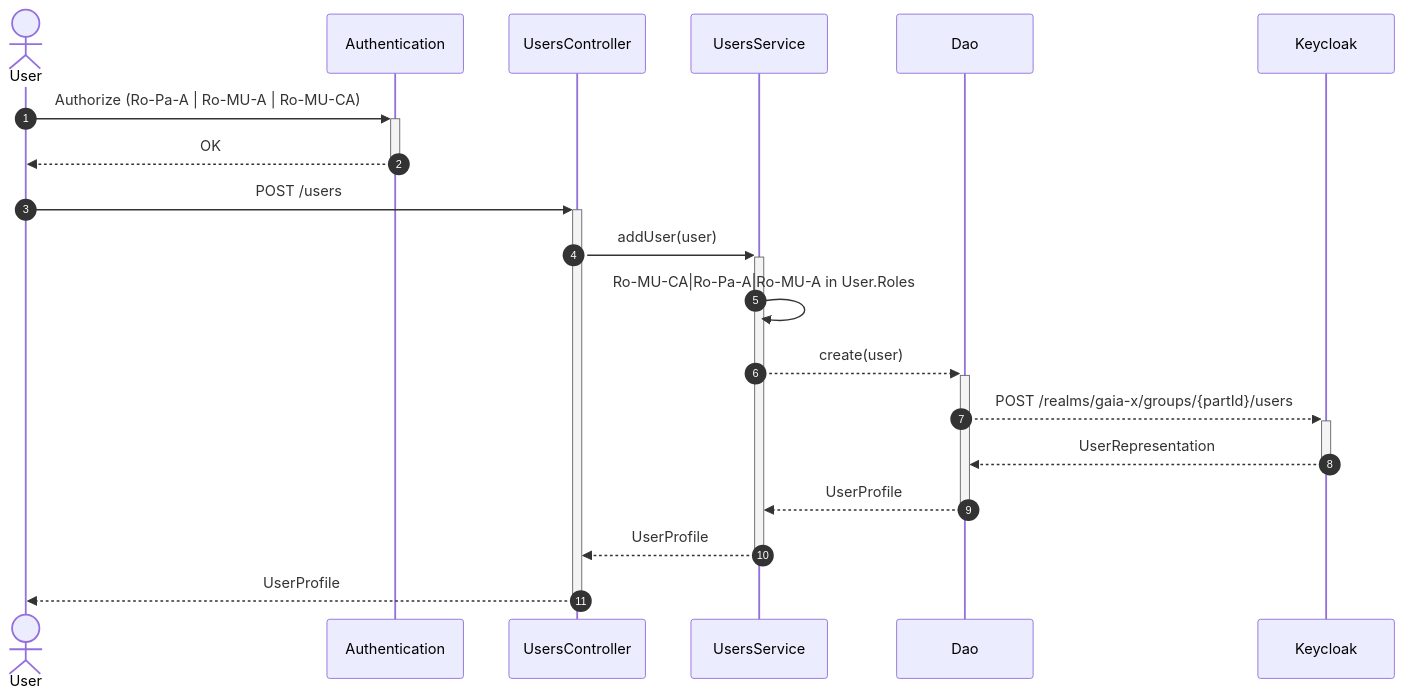
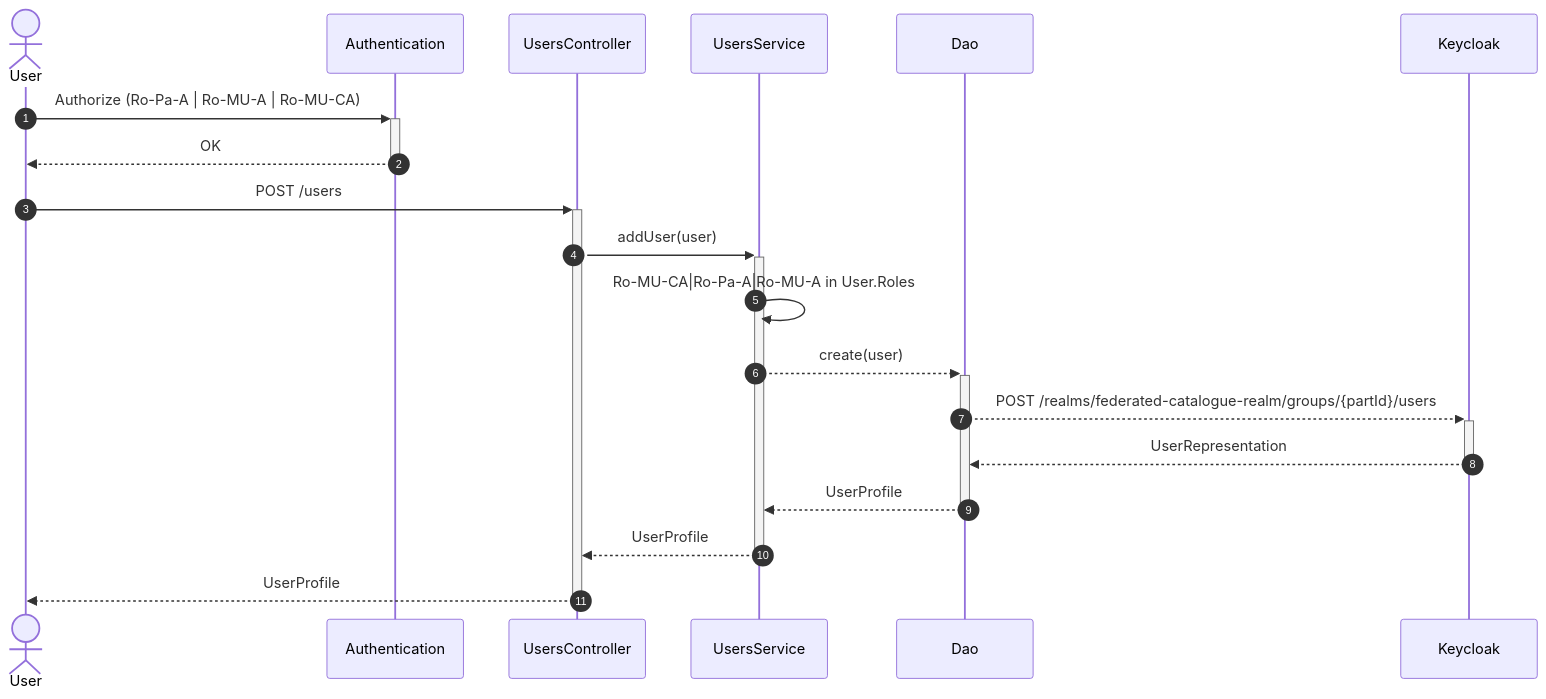
Before and after one commit to eclipse-xfsc/docs: the tenth of 44 diagrams in federated-catalogue/src/docs/architecture/chapters/06_runtime_view.adoc, drawn with Mermaid. The commit also changed other lines of this file and 1 other file, not shown here.

First line of the commit message:
docs(arc42): Correct Keycloak realm and clarify user management authorization (#39)

```diff
--- a/federated-catalogue/src/docs/architecture/chapters/06_runtime_view.adoc
+++ b/federated-catalogue/src/docs/architecture/chapters/06_runtime_view.adoc
@@ -359,26 +359,26 @@
 [mermaid, width=2000]
 ....
 sequenceDiagram
     autonumber
     actor User
     participant Auth as Authentication
 
     participant API as UsersController
     participant service as UsersService
     participant dao as Dao
     participant keycloak as Keycloak
 
     User ->> + Auth:Authorize (Ro-Pa-A | Ro-MU-A | Ro-MU-CA)
     Auth -->> - User:OK
 
     User ->> + API:POST /users
 
     API ->> + service: addUser(user)
     service ->> service: Ro-MU-CA|Ro-Pa-A|Ro-MU-A in User.Roles
     service -->> + dao: create(user)
-    dao -->> + keycloak: POST /realms/gaia-x/groups/{partId}/users
+    dao -->> + keycloak: POST /realms/federated-catalogue-realm/groups/{partId}/users
     keycloak -->> - dao: UserRepresentation
     dao -->> - service: UserProfile
     service -->> - API: UserProfile
     API -->> - User: UserProfile
 ....
```
